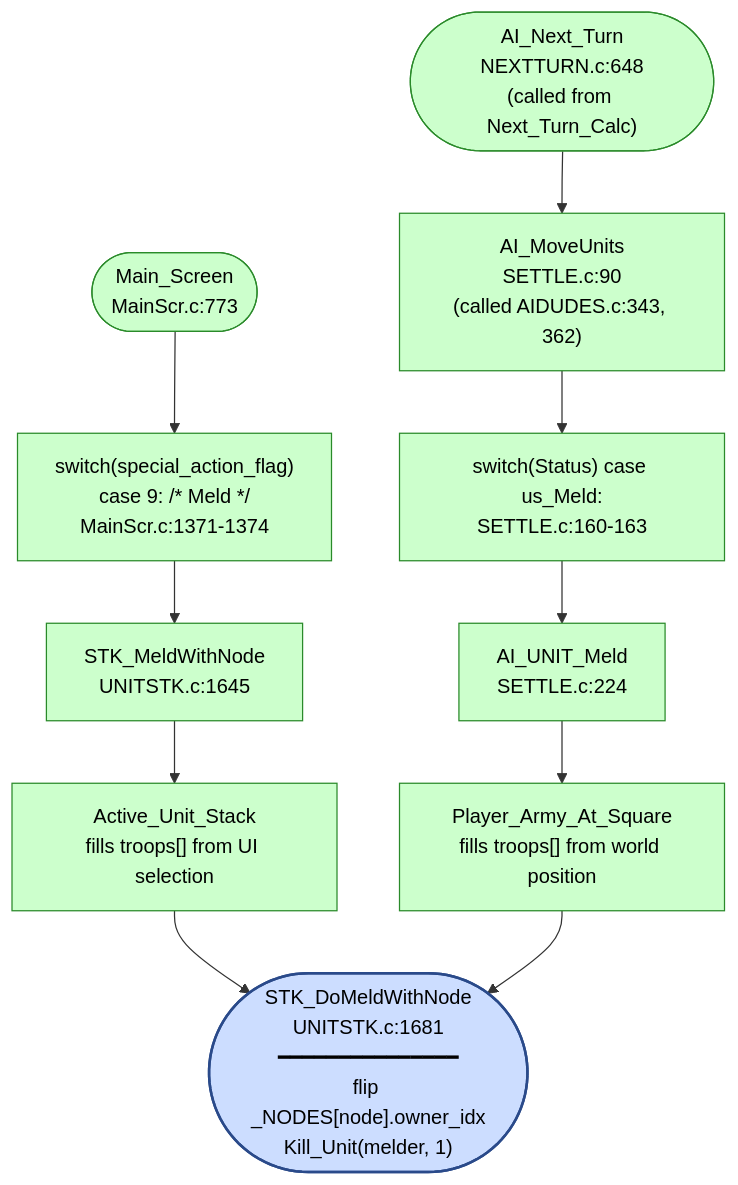
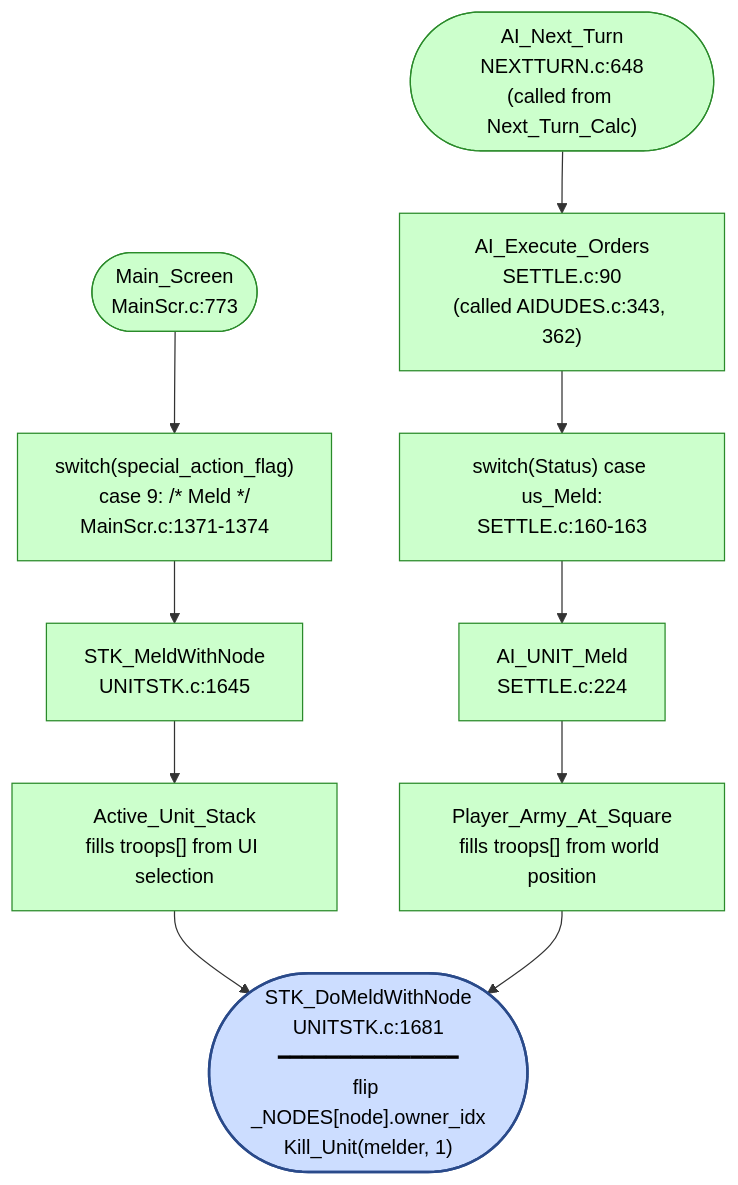
The diagram in doc/ComputerPlayer/AIMOVE-AI_Do_Meld.md (jbalcomb/ReMoM), drawn with Mermaid before and after one commit. The commit also changed other lines of this file and 13 other files, not shown here.

Commit message:
done-done AI_Execute_Orders()

````diff
--- a/doc/ComputerPlayer/AIMOVE-AI_Do_Meld.md
+++ b/doc/ComputerPlayer/AIMOVE-AI_Do_Meld.md
@@ -70,28 +70,28 @@
 ```mermaid
 flowchart TD
     %% Human path
     MainScreen(["Main_Screen<br/>MainScr.c:773"])
     MainScr["switch(special_action_flag)<br/>case 9: /* Meld */<br/>MainScr.c:1371-1374"]
     StkMeld["STK_MeldWithNode<br/>UNITSTK.c:1645"]
     ActiveStack["Active_Unit_Stack<br/>fills troops[] from UI selection"]
 
     %% AI dispatch path
     AINext(["AI_Next_Turn<br/>NEXTTURN.c:648<br/>(called from Next_Turn_Calc)"])
-    AIMove["AI_MoveUnits<br/>SETTLE.c:90<br/>(called AIDUDES.c:343, 362)"]
+    AIMove["AI_Execute_Orders<br/>SETTLE.c:90<br/>(called AIDUDES.c:343, 362)"]
     DispatchMeld["switch(Status) case us_Meld:<br/>SETTLE.c:160-163"]
     AIUnitMeld["AI_UNIT_Meld<br/>SETTLE.c:224"]
     PlayerArmy["Player_Army_At_Square<br/>fills troops[] from world position"]
 
     %% Central target
     Target(["STK_DoMeldWithNode<br/>UNITSTK.c:1681<br/>━━━━━━━━━━━━━━━<br/>flip _NODES[node].owner_idx<br/>Kill_Unit(melder, 1)"])
 
     %% Edges
     MainScreen --> MainScr --> StkMeld --> ActiveStack --> Target
     AINext --> AIMove --> DispatchMeld --> AIUnitMeld --> PlayerArmy --> Target
 
     classDef working fill:#ccffcc,stroke:#2a8a2a,color:#000
     classDef target fill:#ccddff,stroke:#2a4a8a,color:#000,stroke-width:2px
 
     class MainScreen,MainScr,StkMeld,ActiveStack,AINext,AIMove,DispatchMeld,AIUnitMeld,PlayerArmy working
     class Target target
 ```
````
